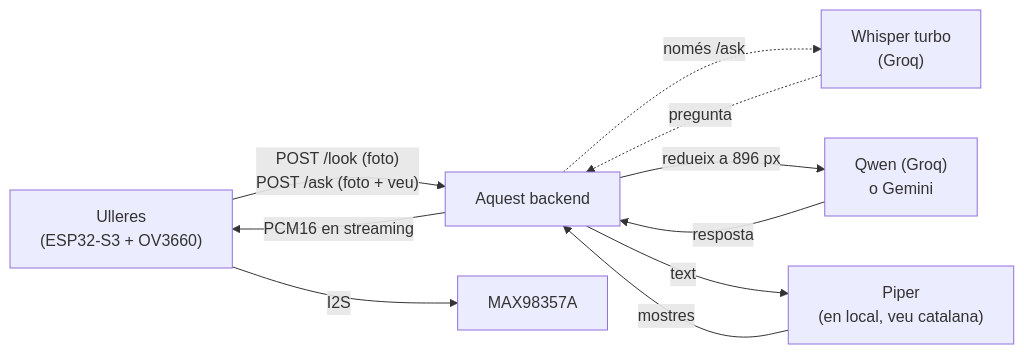
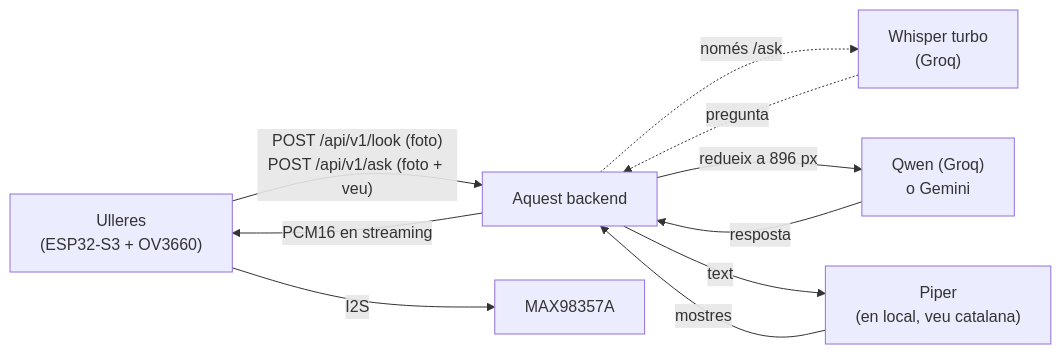
The first of 2 diagrams in README.md (devvazquez/bonsai-backend), drawn with Mermaid before and after one commit. The commit also changed other lines of this file and 9 other files, not shown here.

````diff
--- a/README.md
+++ b/README.md
@@ -7,12 +7,12 @@
 ```mermaid
 flowchart LR
-    A["Ulleres<br/>(ESP32-S3 + OV3660)"] -- "POST /look (foto)<br/>POST /ask (foto + veu)" --> C["Aquest backend"]
+    A["Ulleres<br/>(ESP32-S3 + OV3660)"] -- "POST /api/v1/look (foto)<br/>POST /api/v1/ask (foto + veu)" --> C["Aquest backend"]
     C -. "només /ask" .-> W["Whisper turbo<br/>(Groq)"]
     W -. pregunta .-> C
     C -- redueix a 896 px --> D["Qwen (Groq)<br/>o Gemini"]
     D -- resposta --> C
     C -- text --> E["Piper<br/>(en local, veu catalana)"]
     E -- mostres --> C
     C -- "PCM16 en streaming" --> A
     A -- I2S --> F["MAX98357A"]
 ```
````
